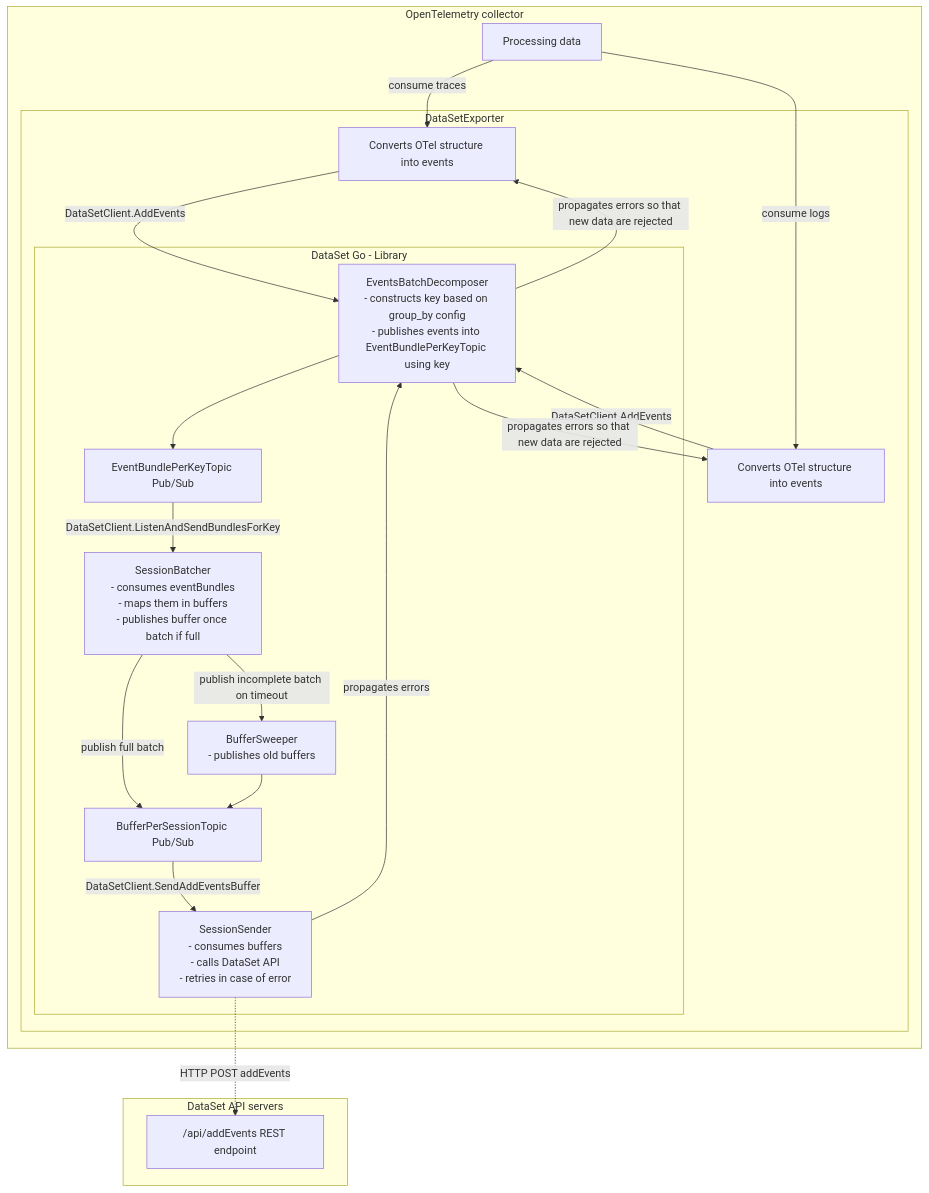
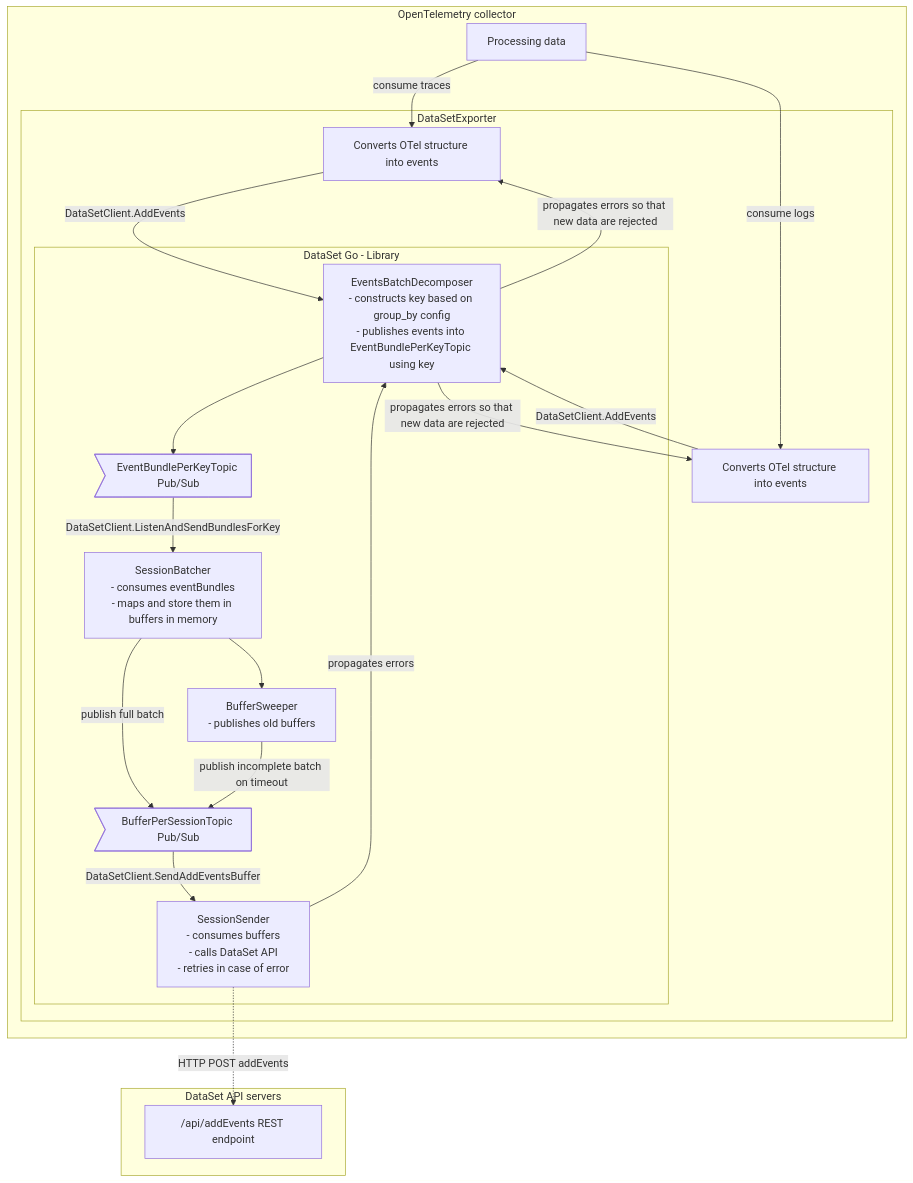
One commit to scalyr/dataset-go changed the diagram in docs/ARCHITECTURE.md. Above: the diagram before and after it, drawn with Mermaid.

Commit message:
Update graph

````diff
--- a/docs/ARCHITECTURE.md
+++ b/docs/ARCHITECTURE.md
@@ -56,34 +56,34 @@
 ```mermaid
 graph TB
 subgraph "DataSet API servers"
     DataSetApi["/api/addEvents REST endpoint"]
 end
 subgraph Collector[OpenTelemetry collector]
   collector[Processing data]
   collector --"consume traces"--> convTraces[Converts OTel structure into events]
   collector --"consume logs"--> convLogs[Converts OTel structure into events]
 
   subgraph DataSetExporter
     EventsBatchDecomposer[EventsBatchDecomposer<br/>- constructs key based on group_by config<br/>- publishes events into EventBundlePerKeyTopic using key]
     convLogs --DataSetClient.AddEvents--> EventsBatchDecomposer --propagates errors so that new data are rejected--> convLogs
     convTraces --DataSetClient.AddEvents--> EventsBatchDecomposer --propagates errors so that new data are rejected--> convTraces
 
     subgraph "DataSet Go - Library"
-      PubSubEvents[EventBundlePerKeyTopic Pub/Sub]
-      SessionBatcher[SessionBatcher<br/>- consumes eventBundles<br/>- maps them in buffers<br/>- publishes buffer once batch if full]
-      PubSubBuffers[BufferPerSessionTopic Pub/Sub]
+      PubSubEvents>EventBundlePerKeyTopic Pub/Sub]
+      SessionBatcher[SessionBatcher<br/>- consumes eventBundles<br/>- maps and store them in buffers in memory<br/>]
+      PubSubBuffers>BufferPerSessionTopic Pub/Sub]
       SessionSender[SessionSender<br/>- consumes buffers<br/>- calls DataSet API<br/>- retries in case of error]
       BufferSweeper[BufferSweeper<br/>- publishes old buffers]
 
       EventsBatchDecomposer --> PubSubEvents
       PubSubEvents --"DataSetClient.ListenAndSendBundlesForKey"--> SessionBatcher
       SessionBatcher --"publish full batch"--> PubSubBuffers
-      SessionBatcher --"publish incomplete batch on timeout"--> BufferSweeper
-      BufferSweeper --> PubSubBuffers
+      SessionBatcher --> BufferSweeper
+      BufferSweeper --"publish incomplete batch on timeout"--> PubSubBuffers
       PubSubBuffers --"DataSetClient.SendAddEventsBuffer"--> SessionSender
       SessionSender --"propagates errors"--> EventsBatchDecomposer
       SessionSender -."HTTP POST addEvents".-> DataSetApi
     end
   end
 end
 ```
````
